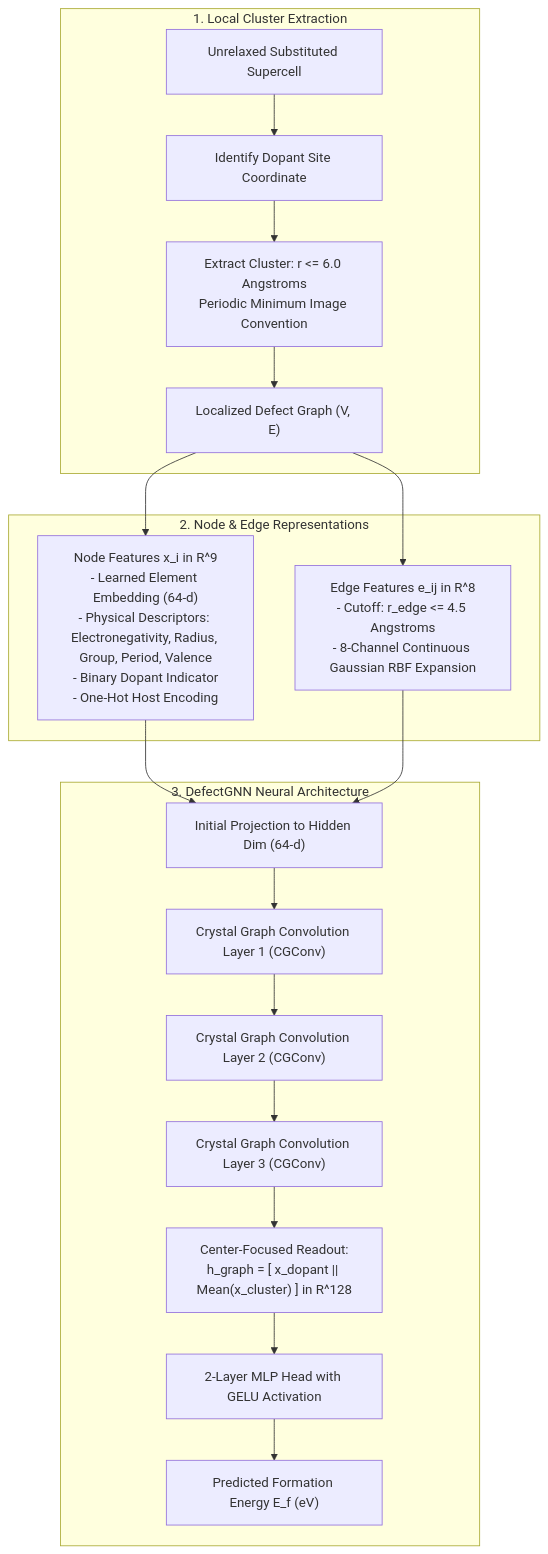
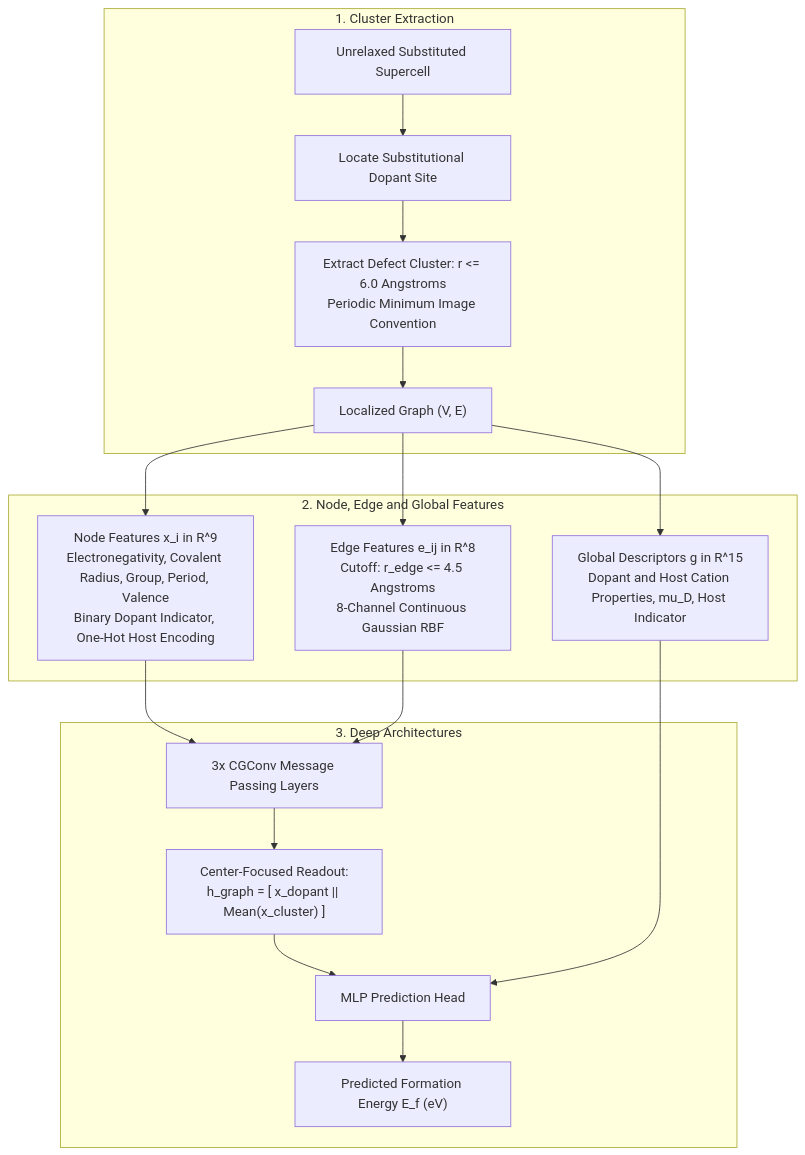
The diagram in README.md (neil6714/dopant-discovery-gnn), drawn with Mermaid before and after one commit. The commit also changed other lines of this file and 98 other files, not shown here.

````diff
--- a/README.md
+++ b/README.md
@@ -146,23 +57,21 @@
 ```mermaid
 flowchart TD
-    subgraph ClusterExtraction["1. Local Cluster Extraction"]
-        C1["Unrelaxed Substituted Supercell"] --> C2["Identify Dopant Site Coordinate"]
-        C2 --> C3["Extract Cluster: r <= 6.0 Angstroms<br/>Periodic Minimum Image Convention"]
-        C3 --> C4["Localized Defect Graph (V, E)"]
+    subgraph ClusterExtraction["1. Cluster Extraction"]
+        C1["Unrelaxed Substituted Supercell"] --> C2["Locate Substitutional Dopant Site"]
+        C2 --> C3["Extract Defect Cluster: r <= 6.0 Angstroms<br/>Periodic Minimum Image Convention"]
+        C3 --> C4["Localized Graph (V, E)"]
     end
 
-    subgraph FeatureEngineering["2. Node & Edge Representations"]
-        C4 --> N1["Node Features x_i in R^9<br/>- Learned Element Embedding (64-d)<br/>- Physical Descriptors: Electronegativity, Radius, Group, Period, Valence<br/>- Binary Dopant Indicator<br/>- One-Hot Host Encoding"]
-        C4 --> E1["Edge Features e_ij in R^8<br/>- Cutoff: r_edge <= 4.5 Angstroms<br/>- 8-Channel Continuous Gaussian RBF Expansion"]
+    subgraph Representations["2. Node, Edge and Global Features"]
+        C4 --> N1["Node Features x_i in R^9<br/>Electronegativity, Covalent Radius, Group, Period, Valence<br/>Binary Dopant Indicator, One-Hot Host Encoding"]
+        C4 --> E1["Edge Features e_ij in R^8<br/>Cutoff: r_edge <= 4.5 Angstroms<br/>8-Channel Continuous Gaussian RBF"]
+        C4 --> G1["Global Descriptors g in R^15<br/>Dopant and Host Cation Properties, mu_D, Host Indicator"]
     end
 
-    subgraph DeepArchitecture["3. DefectGNN Neural Architecture"]
-        N1 & E1 --> L1["Initial Projection to Hidden Dim (64-d)"]
-        L1 --> L2["Crystal Graph Convolution Layer 1 (CGConv)"]
-        L2 --> L3["Crystal Graph Convolution Layer 2 (CGConv)"]
-        L3 --> L4["Crystal Graph Convolution Layer 3 (CGConv)"]
-        L4 --> RO["Center-Focused Readout:<br/>h_graph = [ x_dopant || Mean(x_cluster) ] in R^128"]
-        RO --> MLP["2-Layer MLP Head with GELU Activation"]
+    subgraph ForwardPass["3. Deep Architectures"]
+        N1 & E1 --> CG["3x CGConv Message Passing Layers"]
+        CG --> RO["Center-Focused Readout:<br/>h_graph = [ x_dopant || Mean(x_cluster) ]"]
+        RO & G1 --> MLP["MLP Prediction Head"]
         MLP --> OUT["Predicted Formation Energy E_f (eV)"]
     end
 ```
````
